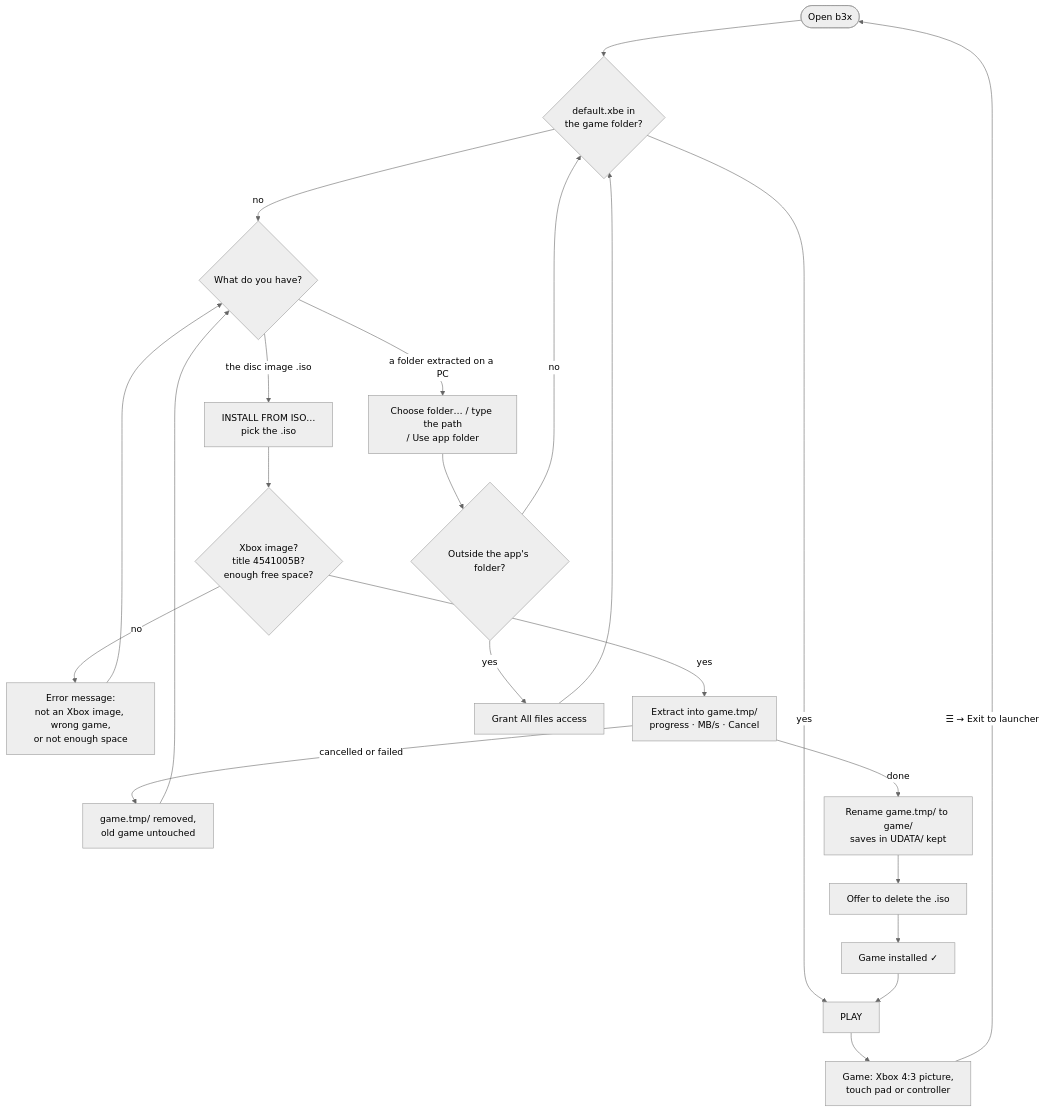
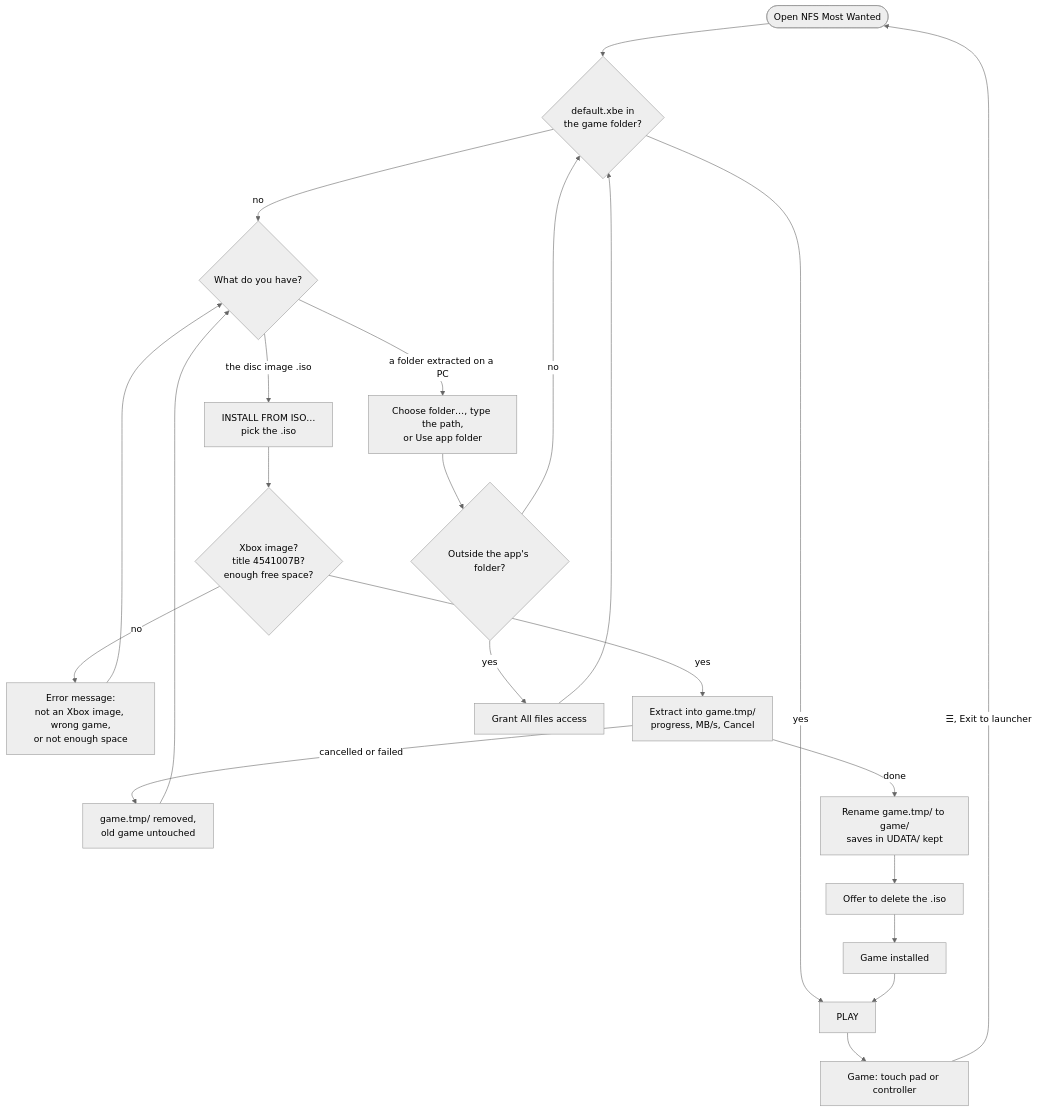
Before and after one commit to aribrilliantsyah/NFSMW-Recompiled-Mobile: the first of 2 diagrams in README.md, drawn with Mermaid (neutral theme). The commit also changed other lines of this file and 32 other files, not shown here.

Commit message:
README, CHANGELOG, porting notes for NFSMW; Mermaid diagrams validated with mmdc; Burnout screenshots removed

````diff
--- a/README.md
+++ b/README.md
@@ -82,28 +64,28 @@
 ```mermaid
 flowchart TD
-    A([Open b3x]) --> B{default.xbe in<br/>the game folder?}
-    B -->|yes| P[PLAY]
-    B -->|no| C{What do you have?}
+    A(["Open NFS Most Wanted"]) --> B{"default.xbe in<br/>the game folder?"}
+    B -->|"yes"| P["PLAY"]
+    B -->|"no"| C{"What do you have?"}
 
-    C -->|the disc image .iso| I[INSTALL FROM ISO…<br/>pick the .iso]
-    C -->|a folder extracted on a PC| F[Choose folder… / type the path<br/>/ Use app folder]
+    C -->|"the disc image .iso"| I["INSTALL FROM ISO…<br/>pick the .iso"]
+    C -->|"a folder extracted on a PC"| F["Choose folder…, type the path,<br/>or Use app folder"]
 
-    I --> V{Xbox image?<br/>title 4541005B?<br/>enough free space?}
-    V -->|no| E[Error message:<br/>not an Xbox image, wrong game,<br/>or not enough space]
+    I --> V{"Xbox image?<br/>title 4541007B?<br/>enough free space?"}
+    V -->|"no"| E["Error message:<br/>not an Xbox image, wrong game,<br/>or not enough space"]
     E --> C
-    V -->|yes| X[Extract into game.tmp/<br/>progress · MB/s · Cancel]
-    X -->|cancelled or failed| D[game.tmp/ removed,<br/>old game untouched]
+    V -->|"yes"| X["Extract into game.tmp/<br/>progress, MB/s, Cancel"]
+    X -->|"cancelled or failed"| D["game.tmp/ removed,<br/>old game untouched"]
     D --> C
-    X -->|done| R[Rename game.tmp/ to game/<br/>saves in UDATA/ kept]
-    R --> Q[Offer to delete the .iso]
-    Q --> OK[Game installed ✓]
+    X -->|"done"| R["Rename game.tmp/ to game/<br/>saves in UDATA/ kept"]
+    R --> Q["Offer to delete the .iso"]
+    Q --> OK["Game installed"]
     OK --> P
 
-    F --> G{Outside the app's folder?}
-    G -->|yes| H[Grant All files access]
+    F --> G{"Outside the app's folder?"}
+    G -->|"yes"| H["Grant All files access"]
     H --> B
-    G -->|no| B
+    G -->|"no"| B
 
-    P --> S[Game: Xbox 4:3 picture,<br/>touch pad or controller]
-    S -->|☰ → Exit to launcher| A
+    P --> S["Game: touch pad or controller"]
+    S -->|"☰, Exit to launcher"| A
 ```
````
